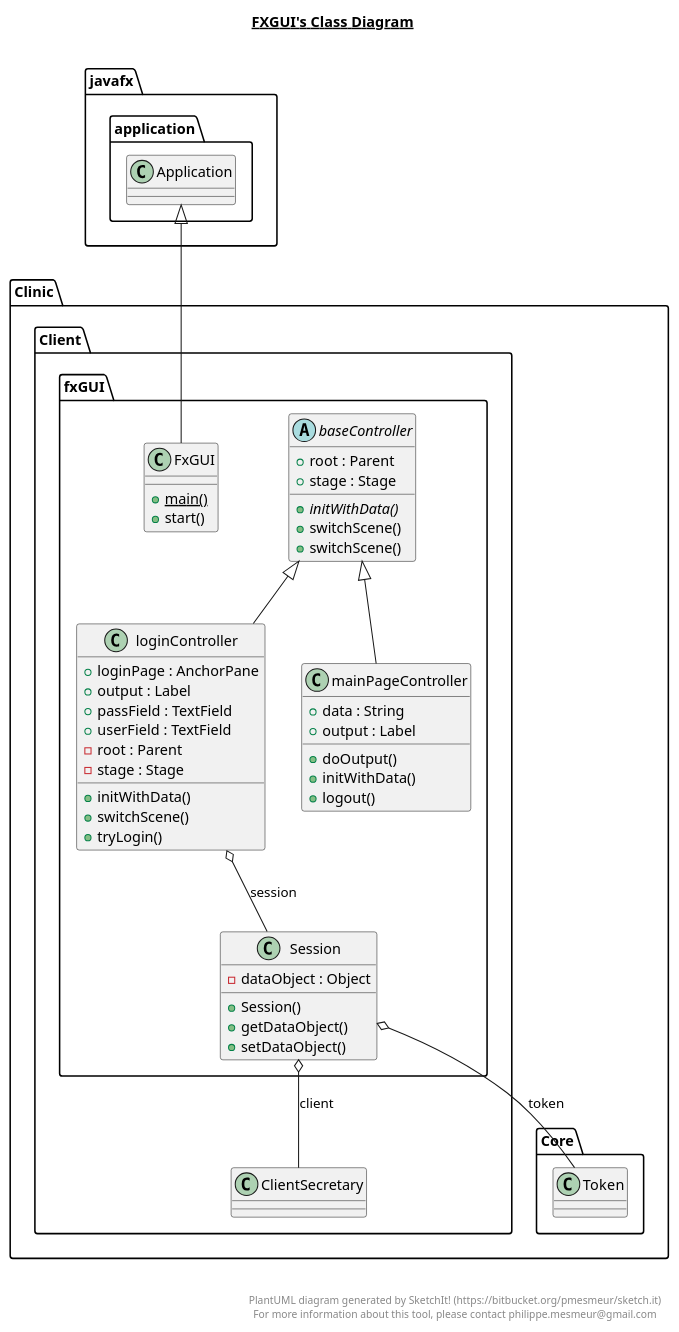
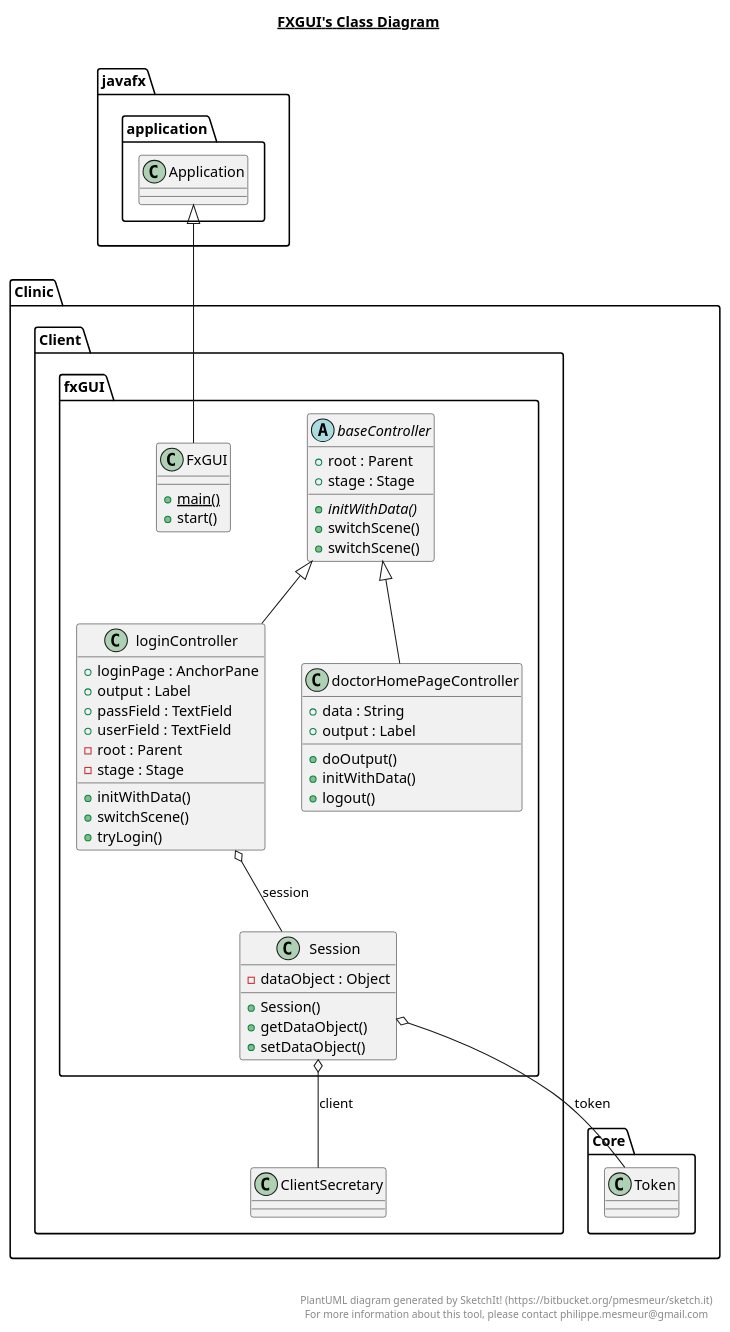
The diagram in src/Clinic/Client/fxGUI/fxGUI.puml (AidanJohnston/Omar), drawn with PlantUML before and after one commit. The commit also changed 4 other files, not shown here.

```diff
--- a/src/Clinic/Client/fxGUI/fxGUI.puml
+++ b/src/Clinic/Client/fxGUI/fxGUI.puml
@@ -1,85 +1,85 @@
 @startuml
 
 title __FXGUI's Class Diagram__\n
 
   namespace Clinic.Client {
     namespace fxGUI {
       class Clinic.Client.fxGUI.FxGUI {
           {static} + main()
           + start()
       }
     }
   }
   
 
   namespace Clinic.Client {
     namespace fxGUI {
       class Clinic.Client.fxGUI.Session {
           - dataObject : Object
           + Session()
           + getDataObject()
           + setDataObject()
       }
     }
   }
   
 
   namespace Clinic.Client {
     namespace fxGUI {
       abstract class Clinic.Client.fxGUI.baseController {
           + root : Parent
           + stage : Stage
           {abstract} + initWithData()
           + switchScene()
           + switchScene()
       }
     }
   }
   
 
   namespace Clinic.Client {
     namespace fxGUI {
       class Clinic.Client.fxGUI.loginController {
           + loginPage : AnchorPane
           + output : Label
           + passField : TextField
           + userField : TextField
           - root : Parent
           - stage : Stage
           + initWithData()
           + switchScene()
           + tryLogin()
       }
     }
   }
   
 
   namespace Clinic.Client {
     namespace fxGUI {
-      class Clinic.Client.fxGUI.mainPageController {
+      class Clinic.Client.fxGUI.doctorHomePageController {
           + data : String
           + output : Label
           + doOutput()
           + initWithData()
           + logout()
       }
     }
   }
   
 
   Clinic.Client.fxGUI.FxGUI -up-|> javafx.application.Application
   Clinic.Client.fxGUI.Session o-- Clinic.Client.ClientSecretary : client
   Clinic.Client.fxGUI.Session o-- Clinic.Core.Token : token
   Clinic.Client.fxGUI.loginController -up-|> Clinic.Client.fxGUI.baseController
   Clinic.Client.fxGUI.loginController o-- Clinic.Client.fxGUI.Session : session
-  Clinic.Client.fxGUI.mainPageController -up-|> Clinic.Client.fxGUI.baseController
+  Clinic.Client.fxGUI.doctorHomePageController -up-|> Clinic.Client.fxGUI.baseController
 
 
 right footer
 
 
 PlantUML diagram generated by SketchIt! (https://bitbucket.org/pmesmeur/sketch.it)
 For more information about this tool, please contact philippe.mesmeur@gmail.com
 endfooter
 
 @enduml
```
